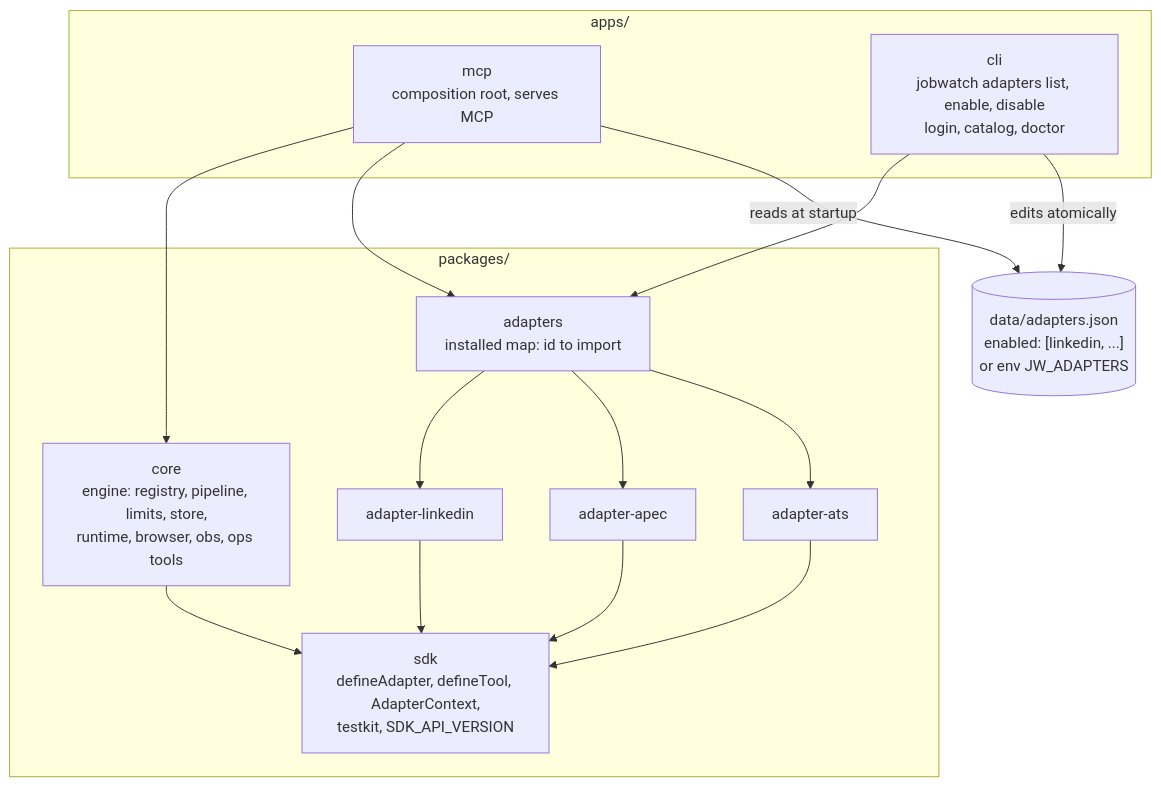
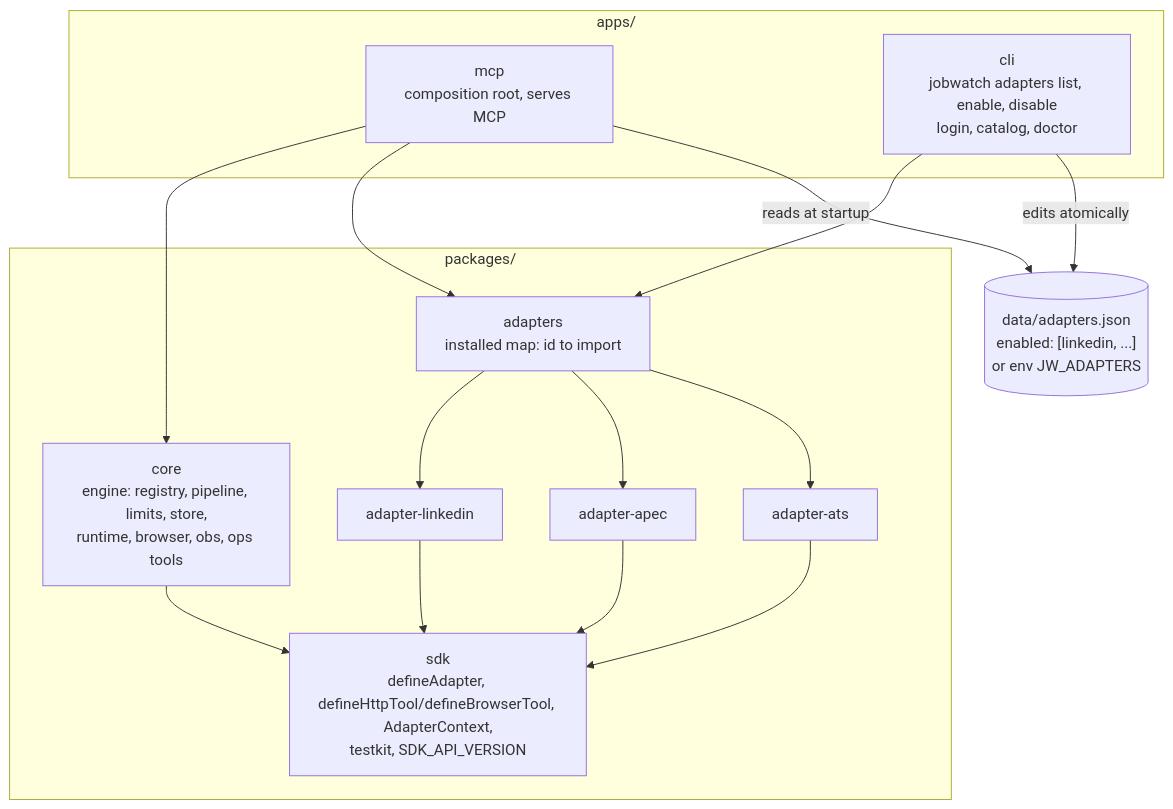
The seventh of 7 diagrams in 16-architecture-diagrams.md (notcheu/jobwatch-mcp), drawn with Mermaid before and after one commit. The commit also changed other lines of this file and 29 other files, not shown here.

First line of the commit message:
Step 2: @jobwatch/sdk, the adapter contract

````diff
--- a/16-architecture-diagrams.md
+++ b/16-architecture-diagrams.md
@@ -256,29 +256,29 @@
 ```mermaid
 flowchart TB
   subgraph Apps["apps/"]
     MCP["mcp<br/>composition root, serves MCP"]
     CLI["cli<br/>jobwatch adapters list, enable, disable<br/>login, catalog, doctor"]
   end
   subgraph Pkgs["packages/"]
     Core["core<br/>engine: registry, pipeline, limits, store,<br/>runtime, browser, obs, ops tools"]
     Installed["adapters<br/>installed map: id to import"]
-    SDK["sdk<br/>defineAdapter, defineTool, AdapterContext,<br/>testkit, SDK_API_VERSION"]
+    SDK["sdk<br/>defineAdapter, defineHttpTool/defineBrowserTool, AdapterContext,<br/>testkit, SDK_API_VERSION"]
     AL["adapter-linkedin"]
     AA["adapter-apec"]
     AT["adapter-ats"]
   end
   Cfg[("data/adapters.json<br/>enabled: [linkedin, ...]<br/>or env JW_ADAPTERS")]
 
   MCP --> Core
   MCP --> Installed
   CLI --> Installed
   CLI -- "edits atomically" --> Cfg
   MCP -- "reads at startup" --> Cfg
   Installed --> AL
   Installed --> AA
   Installed --> AT
   Core --> SDK
   AL --> SDK
   AA --> SDK
   AT --> SDK
 ```
````
